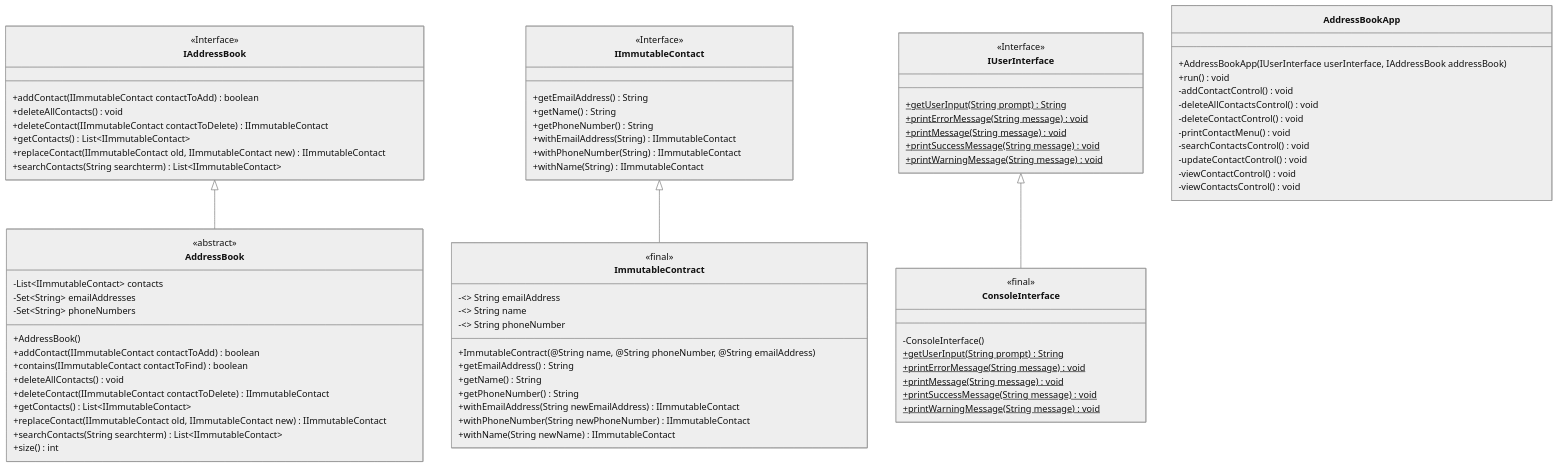
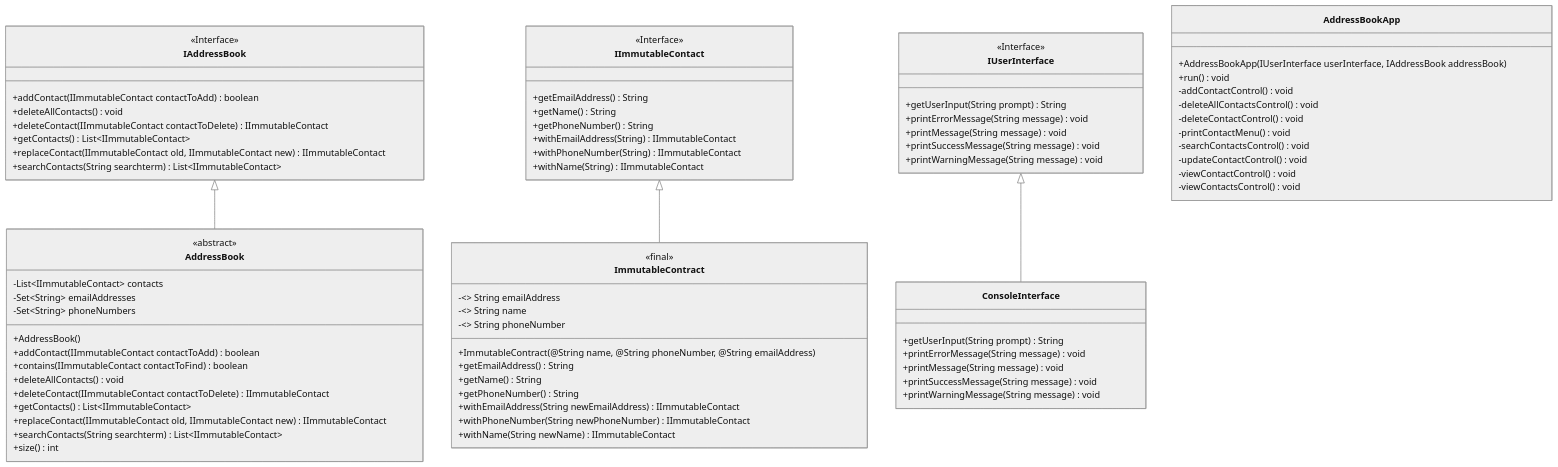
Before and after one commit to turnerbenjamin/address-book: the diagram in docs/class-diagram.md, drawn with Mermaid (neutral theme). The commit also changed 5 other files, not shown here.

```diff
--- a/docs/class-diagram.md
+++ b/docs/class-diagram.md
@@ -52,21 +52,19 @@
      
     class IUserInterface { 
         <<Interface>>
-        +getUserInput(String prompt)$ String
-        +printErrorMessage(String message)$ void
-        +printMessage(String message)$ void
-        +printSuccessMessage(String message)$ void
-        +printWarningMessage(String message)$ void
+        +getUserInput(String prompt) String
+        +printErrorMessage(String message) void
+        +printMessage(String message) void
+        +printSuccessMessage(String message) void
+        +printWarningMessage(String message) void
     }
     
     class ConsoleInterface{
-        <<final>>
-        -ConsoleInterface()
-        +getUserInput(String prompt)$ String
-        +printErrorMessage(String message)$ void
-        +printMessage(String message)$ void
-        +printSuccessMessage(String message)$ void
-        +printWarningMessage(String message)$ void
+        +getUserInput(String prompt) String
+        +printErrorMessage(String message) void
+        +printMessage(String message) void
+        +printSuccessMessage(String message) void
+        +printWarningMessage(String message) void
         
     }
     
```
